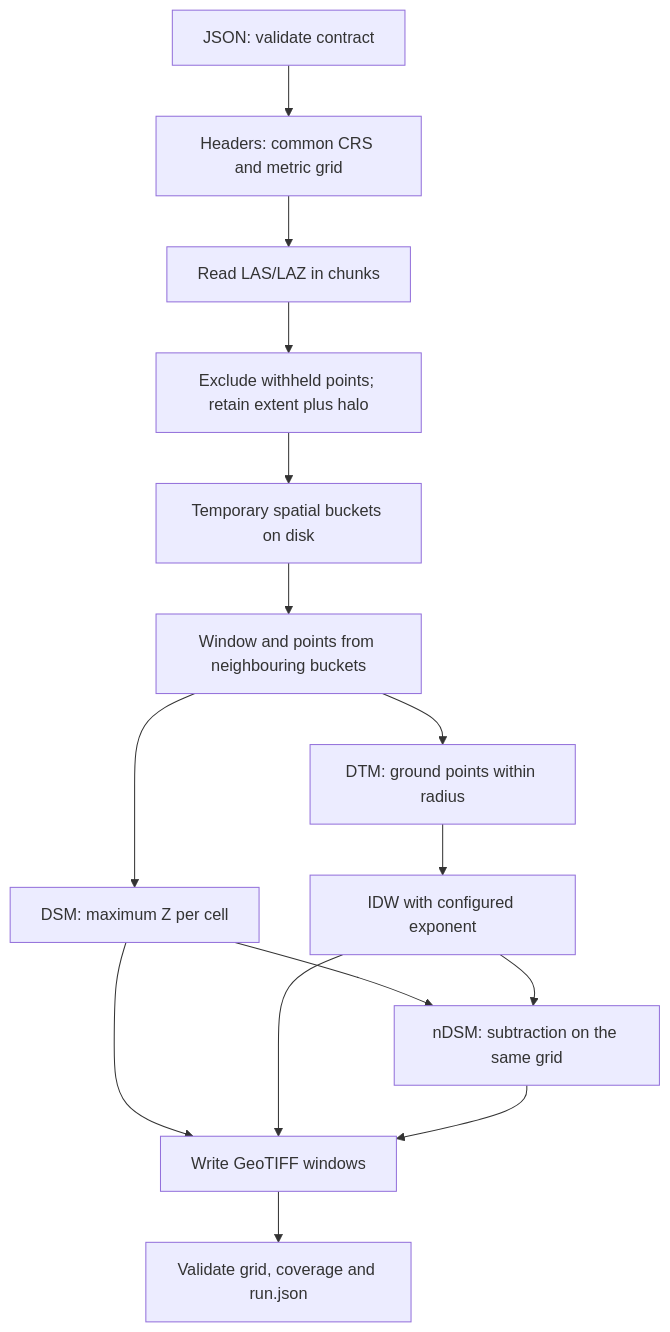
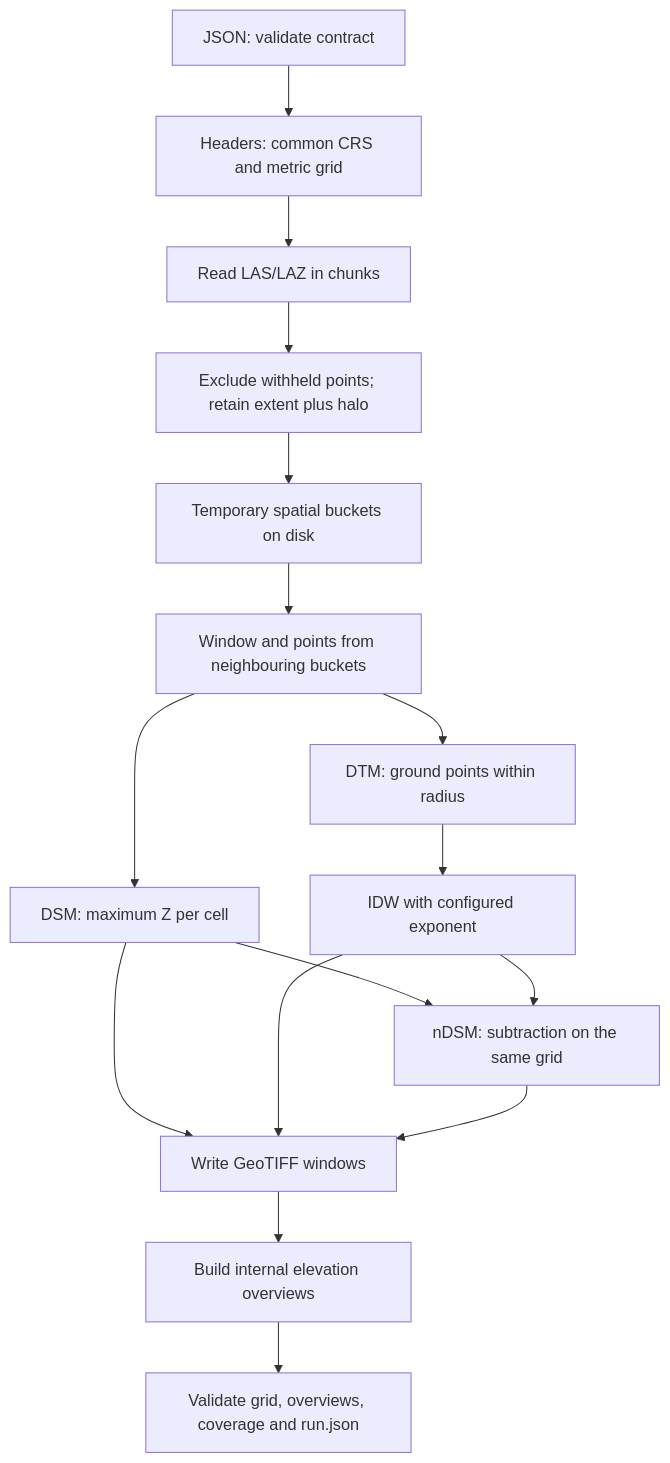
The diagram in docs/architecture.md (Fran-4c4/lidar2DSM), drawn with Mermaid before and after one commit. The commit also changed other lines of this file and 6 other files, not shown here.

Commit message:
feat: generate elevation overviews

````diff
--- a/docs/architecture.md
+++ b/docs/architecture.md
@@ -7,17 +7,18 @@
 ```mermaid
 flowchart TD
     A[JSON: validate contract] --> B[Headers: common CRS and metric grid]
     B --> C[Read LAS/LAZ in chunks]
     C --> D[Exclude withheld points; retain extent plus halo]
     D --> E[Temporary spatial buckets on disk]
     E --> F[Window and points from neighbouring buckets]
     F --> G[DSM: maximum Z per cell]
     F --> H[DTM: ground points within radius]
     H --> I[IDW with configured exponent]
     G --> J[nDSM: subtraction on the same grid]
     I --> J
     G --> K[Write GeoTIFF windows]
     I --> K
     J --> K
-    K --> L[Validate grid, coverage and run.json]
+    K --> L[Build internal elevation overviews]
+    L --> M[Validate grid, overviews, coverage and run.json]
 ```
````
